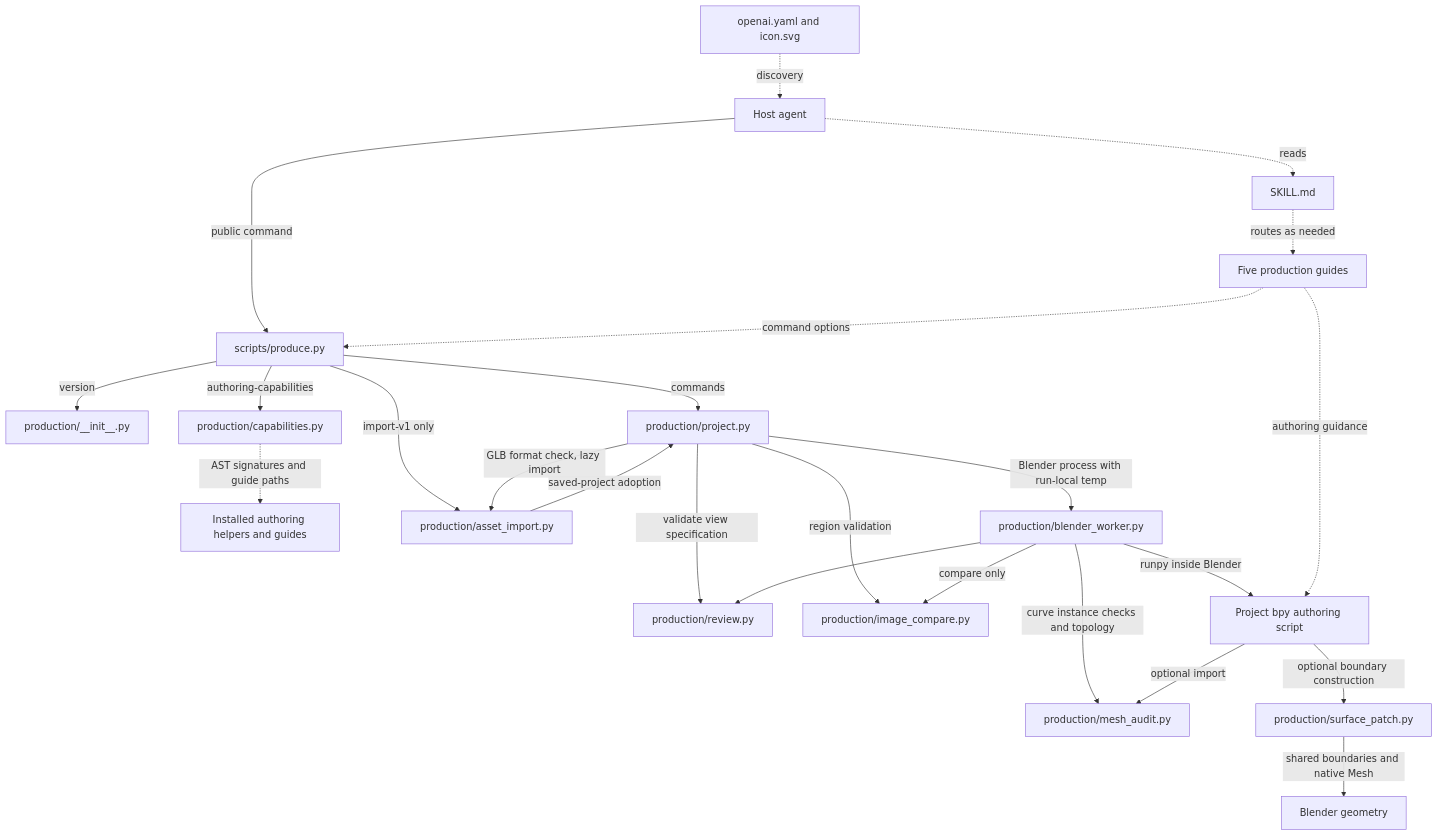
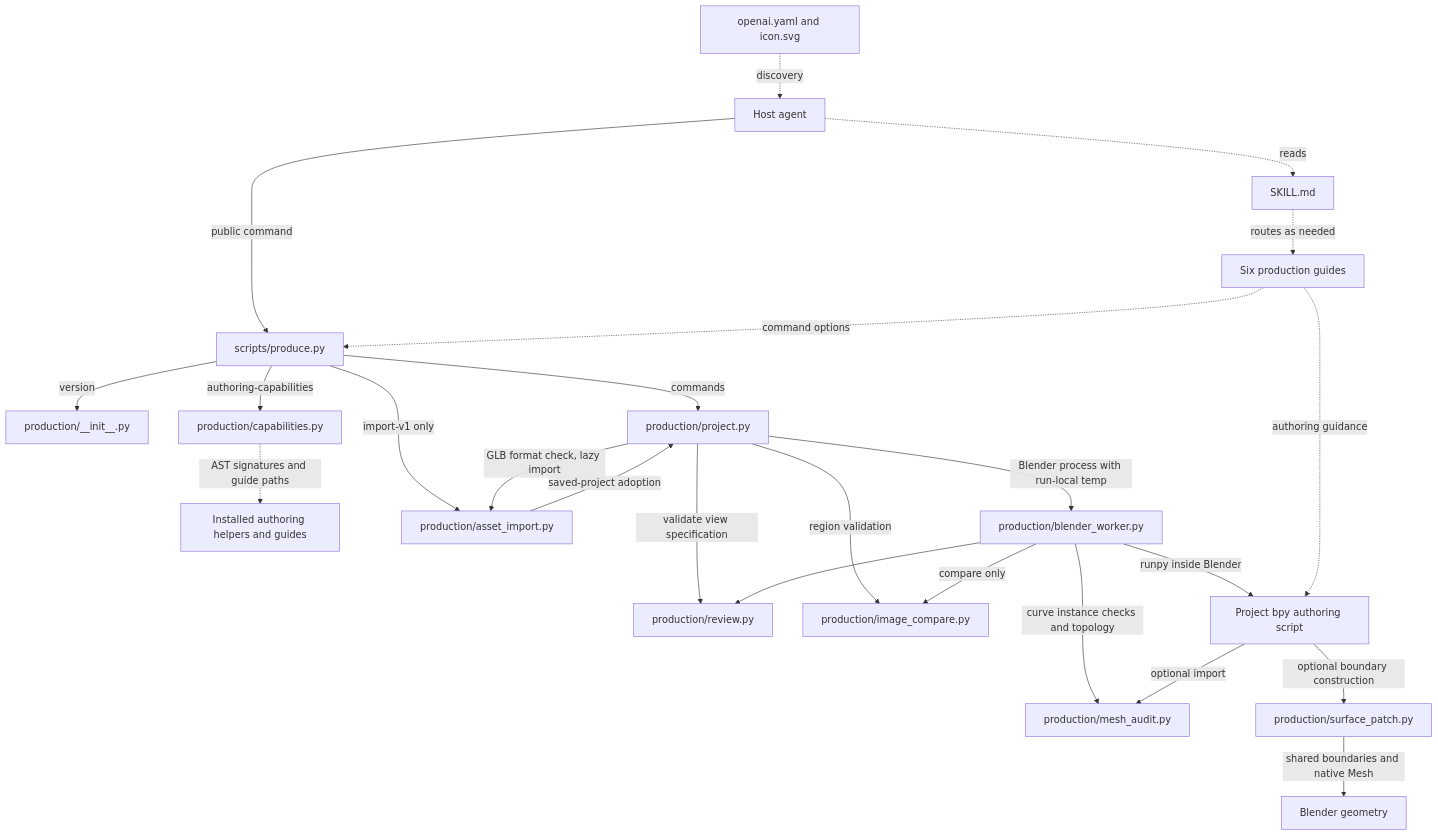
One commit to ictseoyoungmin/refas changed the first of 3 diagrams in docs/development/refas-2-skill-map.md. Above: the diagram before and after it, drawn with Mermaid. The commit also changed other lines of this file and 10 other files, not shown here.

````diff
--- a/docs/development/refas-2-skill-map.md
+++ b/docs/development/refas-2-skill-map.md
@@ -24,28 +25,28 @@
 ```mermaid
 flowchart TD
     Discovery["openai.yaml and icon.svg"] -. "discovery" .-> Agent["Host agent"]
     Agent -. "reads" .-> Skill["SKILL.md"]
-    Skill -. "routes as needed" .-> Guides["Five production guides"]
+    Skill -. "routes as needed" .-> Guides["Six production guides"]
     Agent -- "public command" --> CLI["scripts/produce.py"]
     Guides -. "command options" .-> CLI
 
     CLI -- "version" --> Identity["production/__init__.py"]
     CLI -- "authoring-capabilities" --> Catalogue["production/capabilities.py"]
     Catalogue -. "AST signatures and guide paths" .-> Helpers["Installed authoring helpers and guides"]
     CLI -- "commands" --> Project["production/project.py"]
     CLI -- "import-v1 only" --> Import["production/asset_import.py"]
     Project -- "GLB format check, lazy import" --> Import
     Import -- "saved-project adoption" --> Project
 
     Project -- "validate view specification" --> Review["production/review.py"]
     Project -- "Blender process with run-local temp" --> Worker["production/blender_worker.py"]
     Worker --> Review
     Project -- "region validation" --> Comparison["production/image_compare.py"]
     Worker -- "compare only" --> Comparison
     Worker -- "curve instance checks and topology" --> Audit["production/mesh_audit.py"]
     Worker -- "runpy inside Blender" --> Script["Project bpy authoring script"]
     Guides -. "authoring guidance" .-> Script
     Script -- "optional import" --> Audit
     Script -- "optional boundary construction" --> Patch["production/surface_patch.py"]
     Patch -- "shared boundaries and native Mesh" --> Geometry["Blender geometry"]
 ```
````
